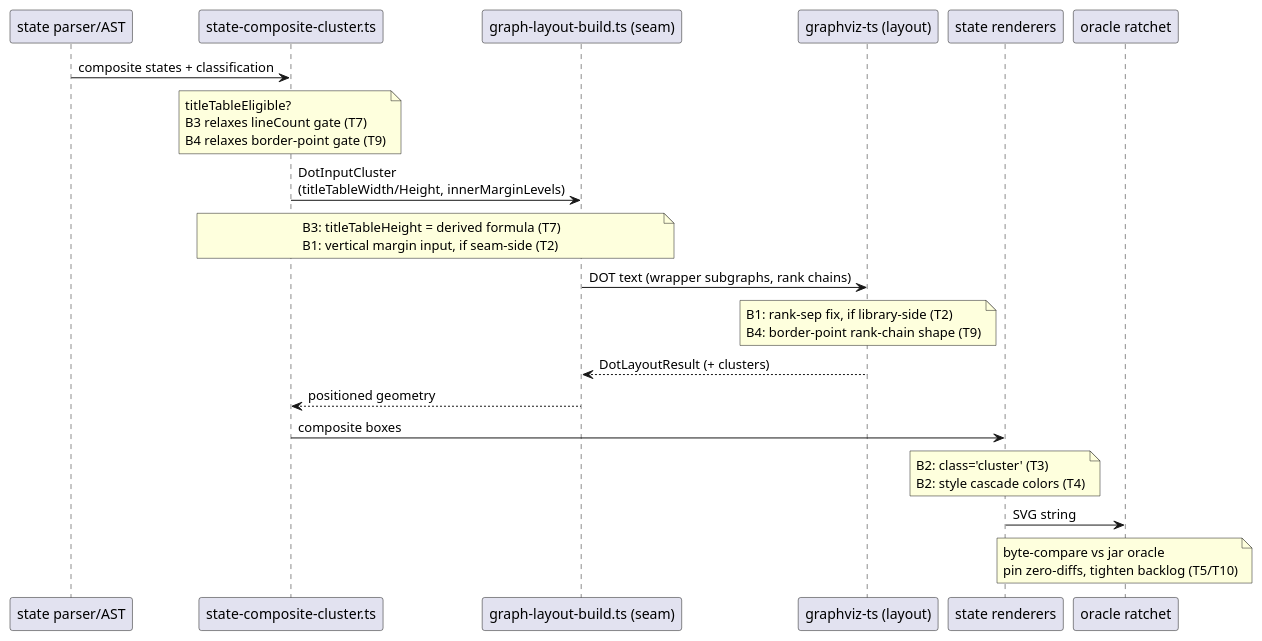
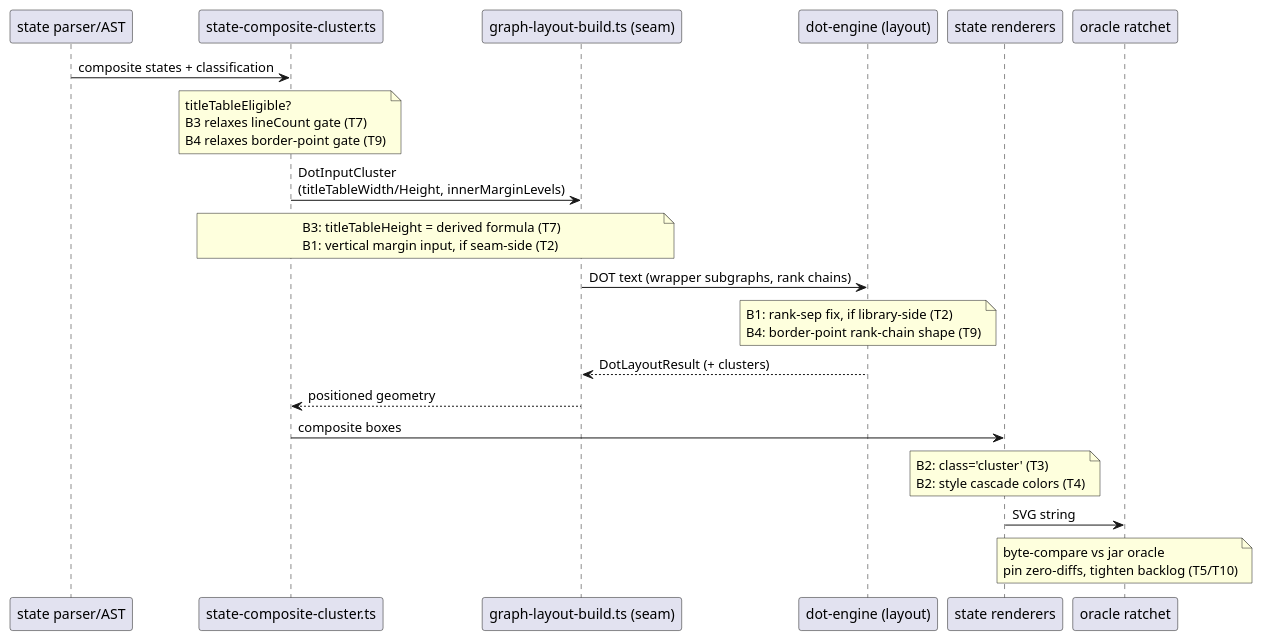
Before and after one commit to knowvah/plantuml-ts: the diagram in plans/g6-cluster-geometry/diagrams/data-flow.md, drawn with PlantUML. The commit also changed 111 other files, not shown here.

First line of the commit message:
docs: call the layout engine dot-engine throughout

````diff
--- a/plans/g6-cluster-geometry/diagrams/data-flow.md
+++ b/plans/g6-cluster-geometry/diagrams/data-flow.md
@@ -3,22 +3,22 @@
 ```plantuml
 @startuml
 participant "state parser/AST" as P
 participant "state-composite-cluster.ts" as C
 participant "graph-layout-build.ts (seam)" as B
-participant "graphviz-ts (layout)" as G
+participant "dot-engine (layout)" as G
 participant "state renderers" as R
 participant "oracle ratchet" as O
 P -> C : composite states + classification
 note over C : titleTableEligible?\nB3 relaxes lineCount gate (T7)\nB4 relaxes border-point gate (T9)
 C -> B : DotInputCluster\n(titleTableWidth/Height, innerMarginLevels)
 note over C,B : B3: titleTableHeight = derived formula (T7)\nB1: vertical margin input, if seam-side (T2)
 B -> G : DOT text (wrapper subgraphs, rank chains)
 note over G : B1: rank-sep fix, if library-side (T2)\nB4: border-point rank-chain shape (T9)
 G --> B : DotLayoutResult (+ clusters)
 B --> C : positioned geometry
 C -> R : composite boxes
 note over R : B2: class='cluster' (T3)\nB2: style cascade colors (T4)
 R -> O : SVG string
 note over O : byte-compare vs jar oracle\npin zero-diffs, tighten backlog (T5/T10)
 @enduml
 ```
````
